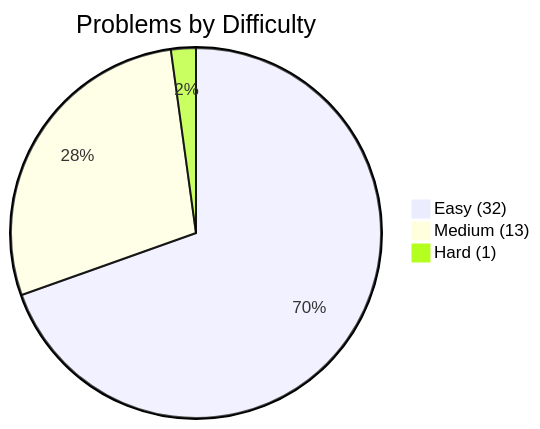
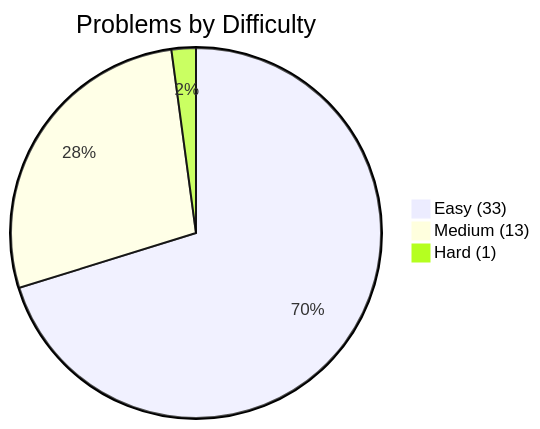
Before and after one commit to kanishk-procoder/leetcode-grind: the first of 2 diagrams in PROGRESS.md, drawn with Mermaid. The commit also changed other lines of this file and 4 other files, not shown here.

````diff
--- a/PROGRESS.md
+++ b/PROGRESS.md
@@ -5,6 +5,6 @@
 ```mermaid
 pie title Problems by Difficulty
-    "Easy (32)" : 32
+    "Easy (33)" : 33
     "Medium (13)" : 13
     "Hard (1)" : 1
 ```
````
